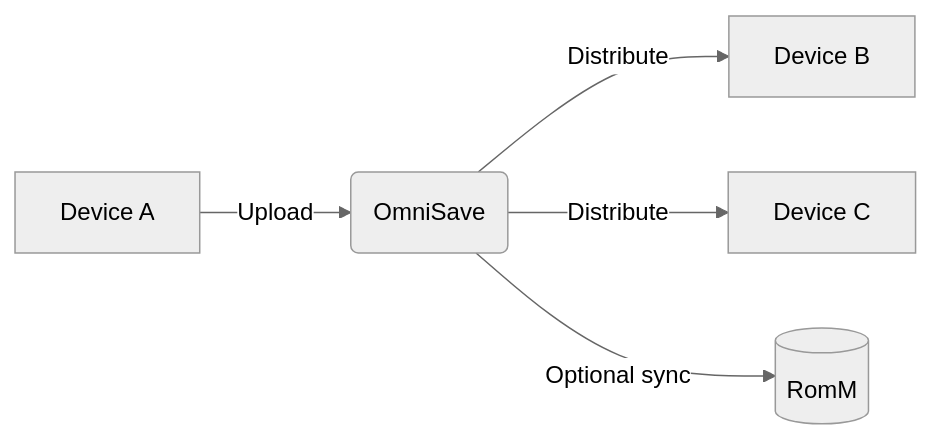
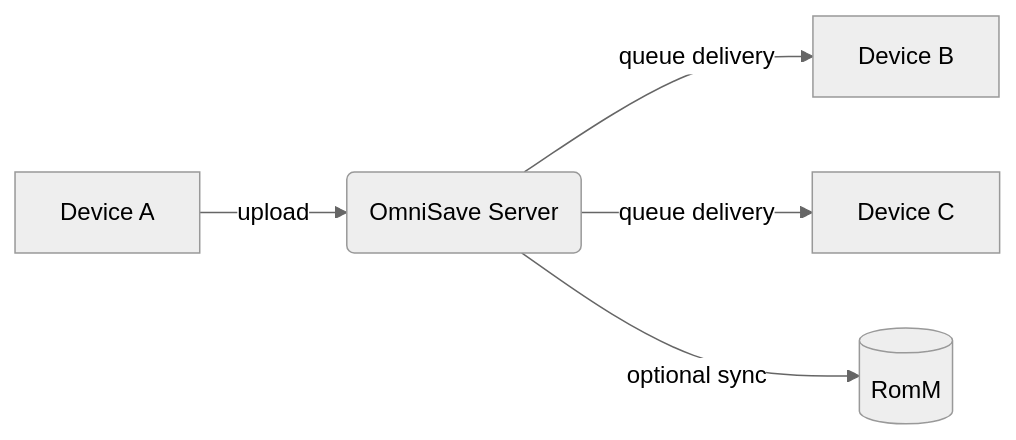
The first of 2 diagrams in README.md (kanjieater/OmniSave), drawn with Mermaid (neutral theme) before and after one commit. The commit also changed other lines of this file, not shown here.

First line of the commit message:
docs: move mermaid out of HTML context; add transaction state machine diagram

````diff
--- a/README.md
+++ b/README.md
@@ -34,7 +240,7 @@
 ```mermaid
 flowchart LR
-    A[Device A] -->|Upload| B(OmniSave)
-    B -->|Distribute| C[Device B]
-    B -->|Distribute| D[Device C]
-    B -->|Optional sync| E[(RomM)]
+    A[Device A] -->|upload| B(OmniSave Server)
+    B -->|queue delivery| C[Device B]
+    B -->|queue delivery| D[Device C]
+    B -->|optional sync| E[(RomM)]
 ```
````
